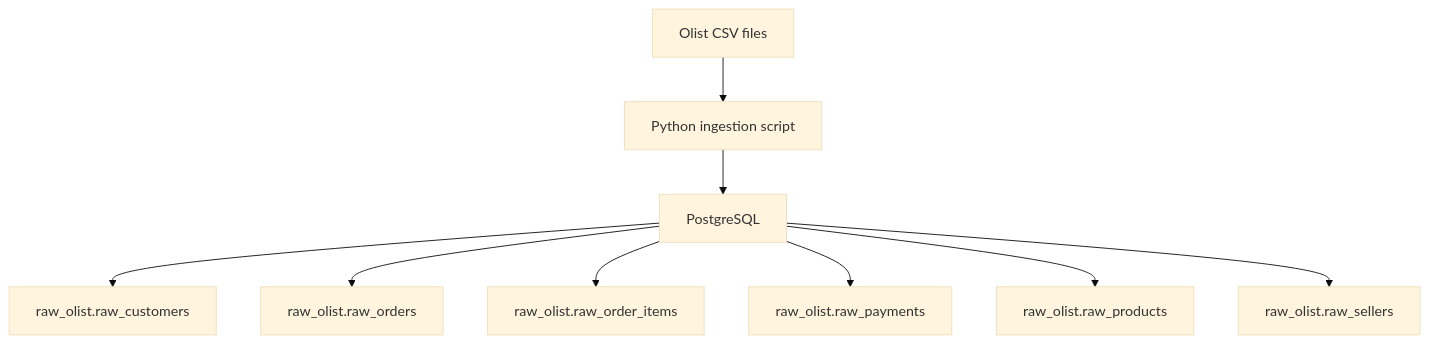
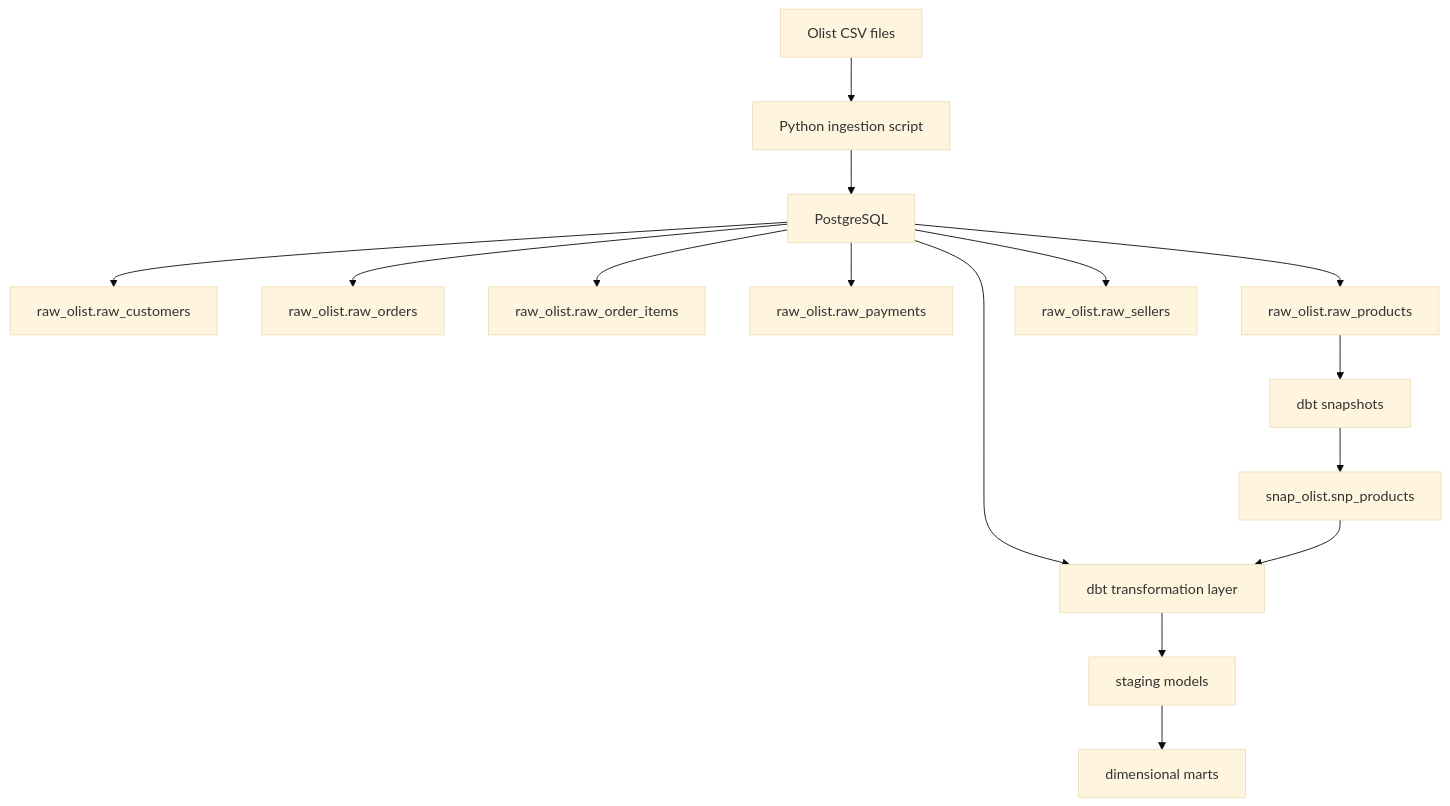
Before and after one commit to Oumayma68/Olist-E-commerce-Supply-Chain-Intelligence: the diagram in README.md, drawn with Mermaid (base theme). The commit also changed other lines of this file and 2 other files, not shown here.

Commit message:
feat(snapshots): implement SCD2 snapshot for raw products

````diff
--- a/README.md
+++ b/README.md
@@ -15,11 +15,17 @@
 ```mermaid
 graph TD
     A["Olist CSV files"] --> B["Python ingestion script"]
     B --> C["PostgreSQL"]
     C --> D["raw_olist.raw_customers"]
     C --> E["raw_olist.raw_orders"]
     C --> F["raw_olist.raw_order_items"]
     C --> G["raw_olist.raw_payments"]
     C --> H["raw_olist.raw_products"]
     C --> I["raw_olist.raw_sellers"]
+    H --> J["dbt snapshots"] 
+    J --> K["snap_olist.snp_products"] 
+    C --> L["dbt transformation layer"] 
+    K --> L 
+    L --> M["staging models"] 
+    M --> N["dimensional marts"]
 ```
````
